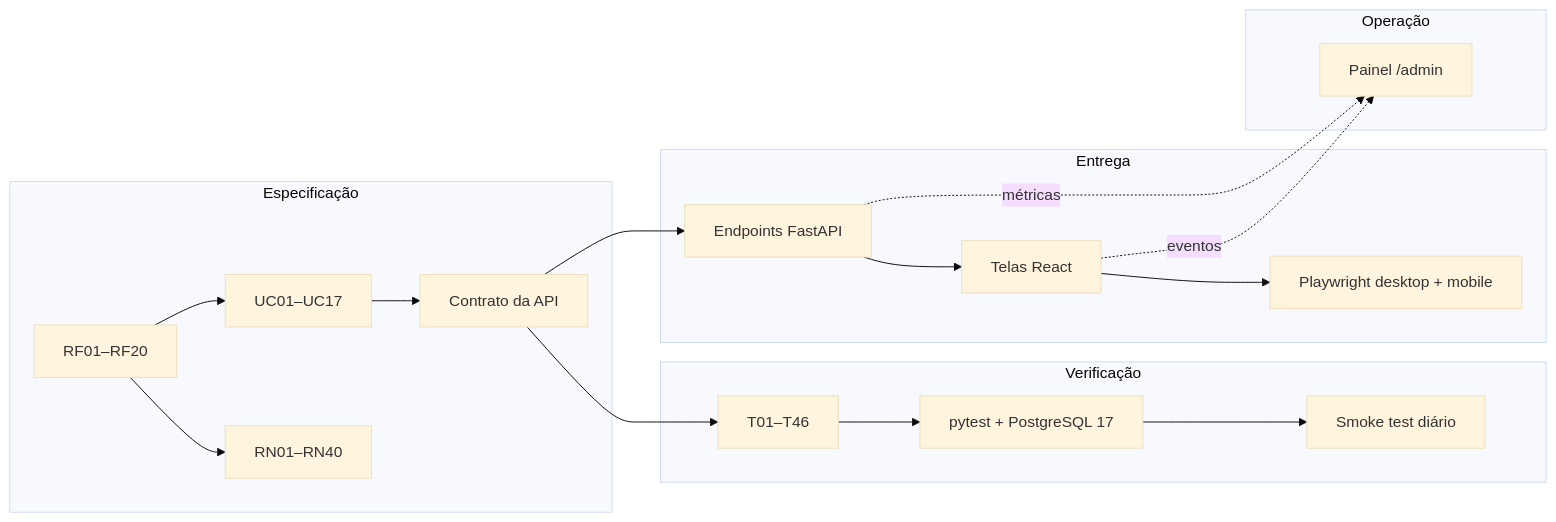
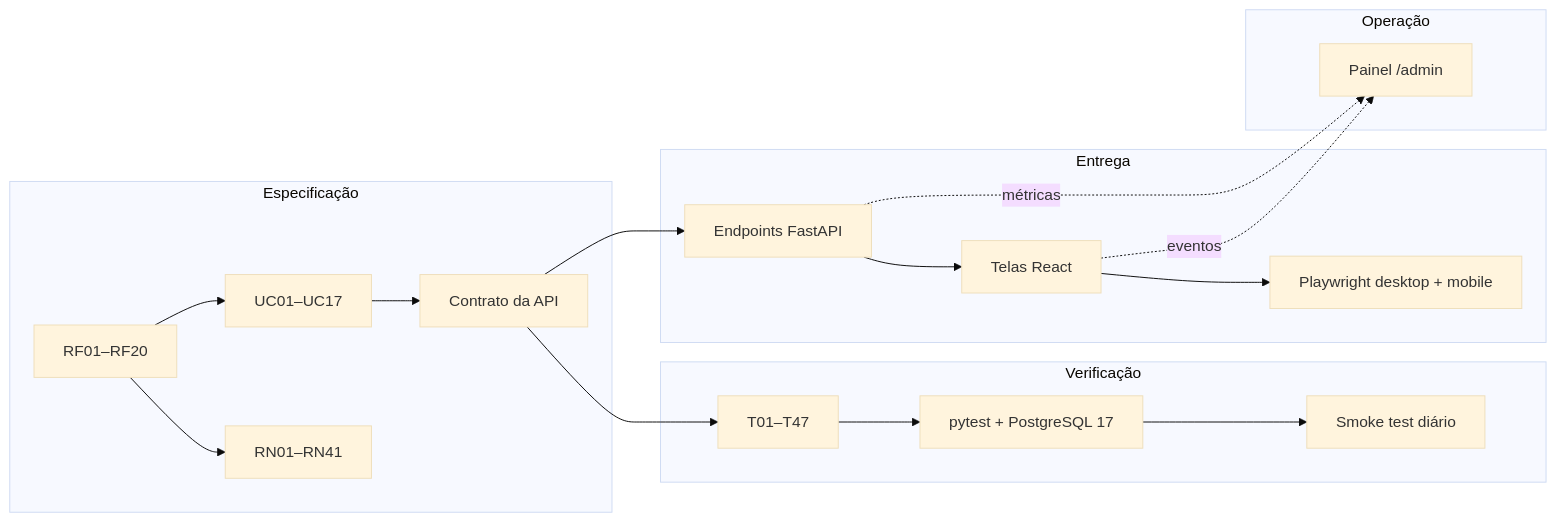
The diagram in docs/rastreabilidade.md (vsys-val/fastapi-merchant-app), drawn with Mermaid (base theme) before and after one commit. The commit also changed other lines of this file and 12 other files, not shown here.

````diff
--- a/docs/rastreabilidade.md
+++ b/docs/rastreabilidade.md
@@ -93,22 +94,22 @@
 ```mermaid
 flowchart LR
   subgraph Especificação
-    RF[RF01–RF20] --> RN[RN01–RN40]
+    RF[RF01–RF20] --> RN[RN01–RN41]
     RF --> UC[UC01–UC17]
     UC --> CT[Contrato da API]
   end
   subgraph Verificação
-    CT --> T[T01–T46]
+    CT --> T[T01–T47]
     T --> PY[pytest + PostgreSQL 17]
     PY --> SM[Smoke test diário]
   end
   subgraph Entrega
     CT --> EP[Endpoints FastAPI]
     EP --> UI[Telas React]
     UI --> E2E[Playwright desktop + mobile]
   end
   subgraph Operação
     UI -. eventos .-> ADM[Painel /admin]
     EP -. métricas .-> ADM
   end
 ```
````
